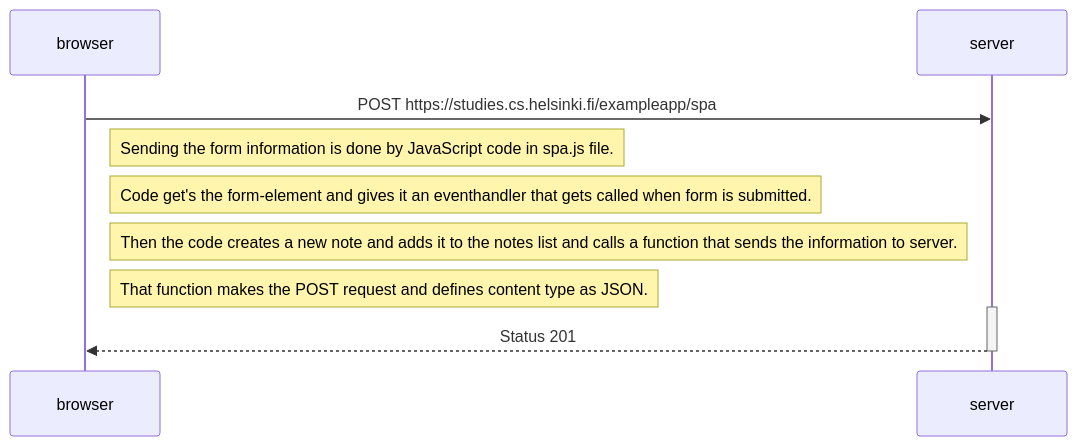
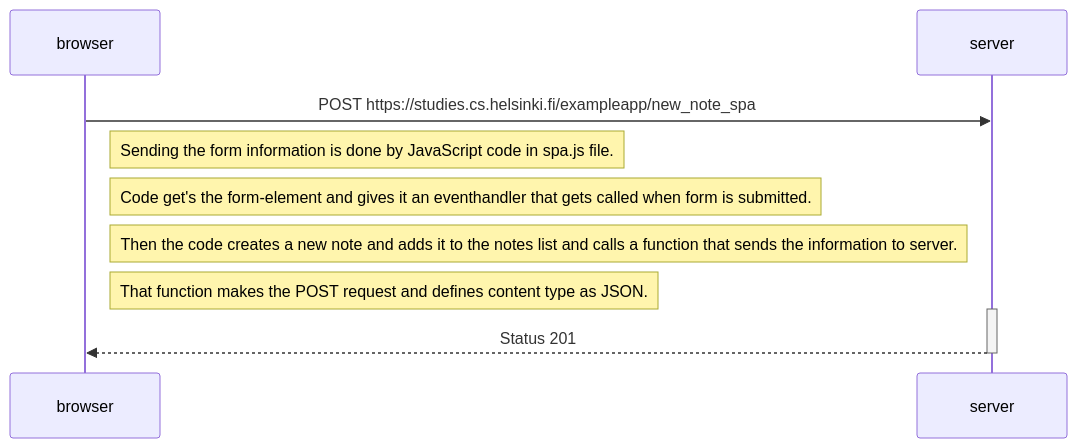
Before and after one commit to tkartasl/full_stack_open: the diagram in osa0/0.6_single_page_app_new_note.md, drawn with Mermaid.

````diff
--- a/osa0/0.6_single_page_app_new_note.md
+++ b/osa0/0.6_single_page_app_new_note.md
@@ -1,15 +1,15 @@
 ```mermaid
 sequenceDiagram
   participant browser
   participant server
 
-  browser->>server: POST https://studies.cs.helsinki.fi/exampleapp/spa
+  browser->>server: POST https://studies.cs.helsinki.fi/exampleapp/new_note_spa
   Note right of browser: Sending the form information is done by JavaScript code in spa.js file.
   Note right of browser: Code get's the form-element and gives it an eventhandler that gets called when form is submitted.
   Note right of browser: Then the code creates a new note and adds it to the notes list and calls a function that sends the information to server.
   Note right of browser:That function makes the POST request and defines content type as JSON.
 
   activate server
   server-->>browser: Status 201
   deactivate server
   ```
````
